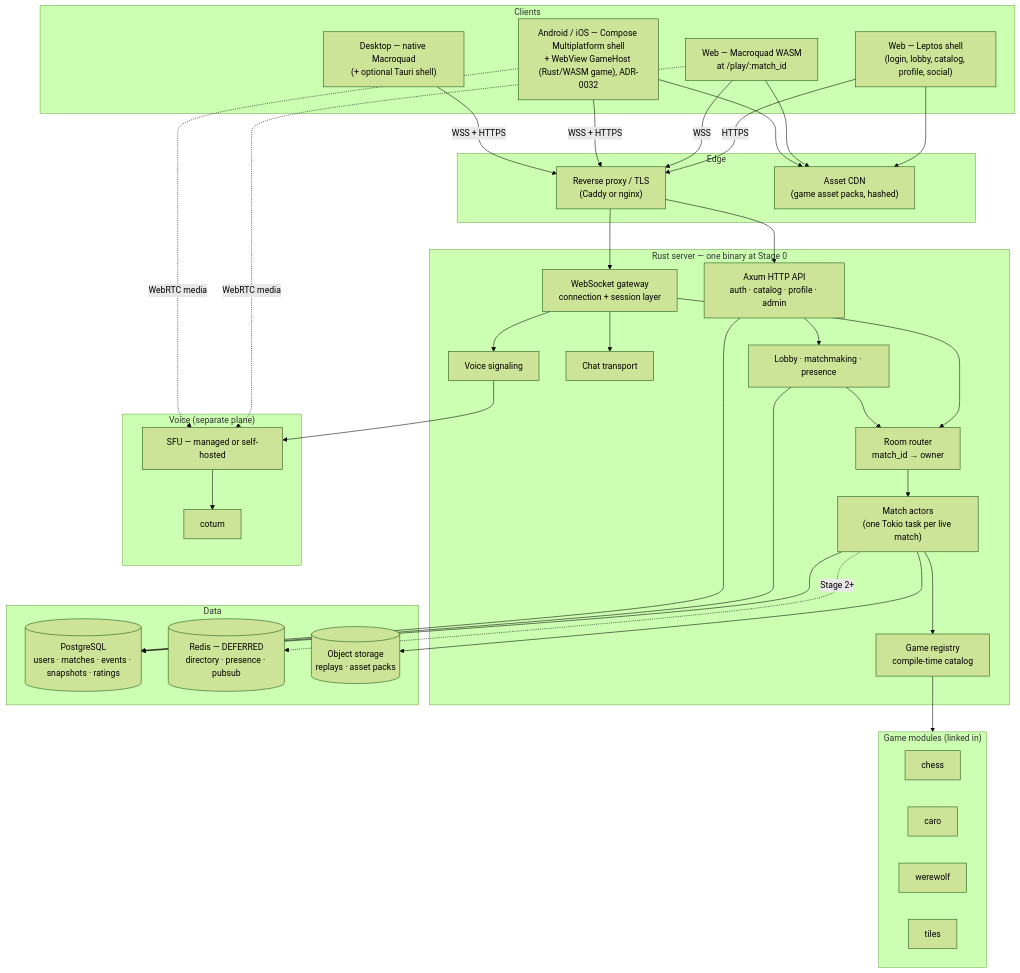
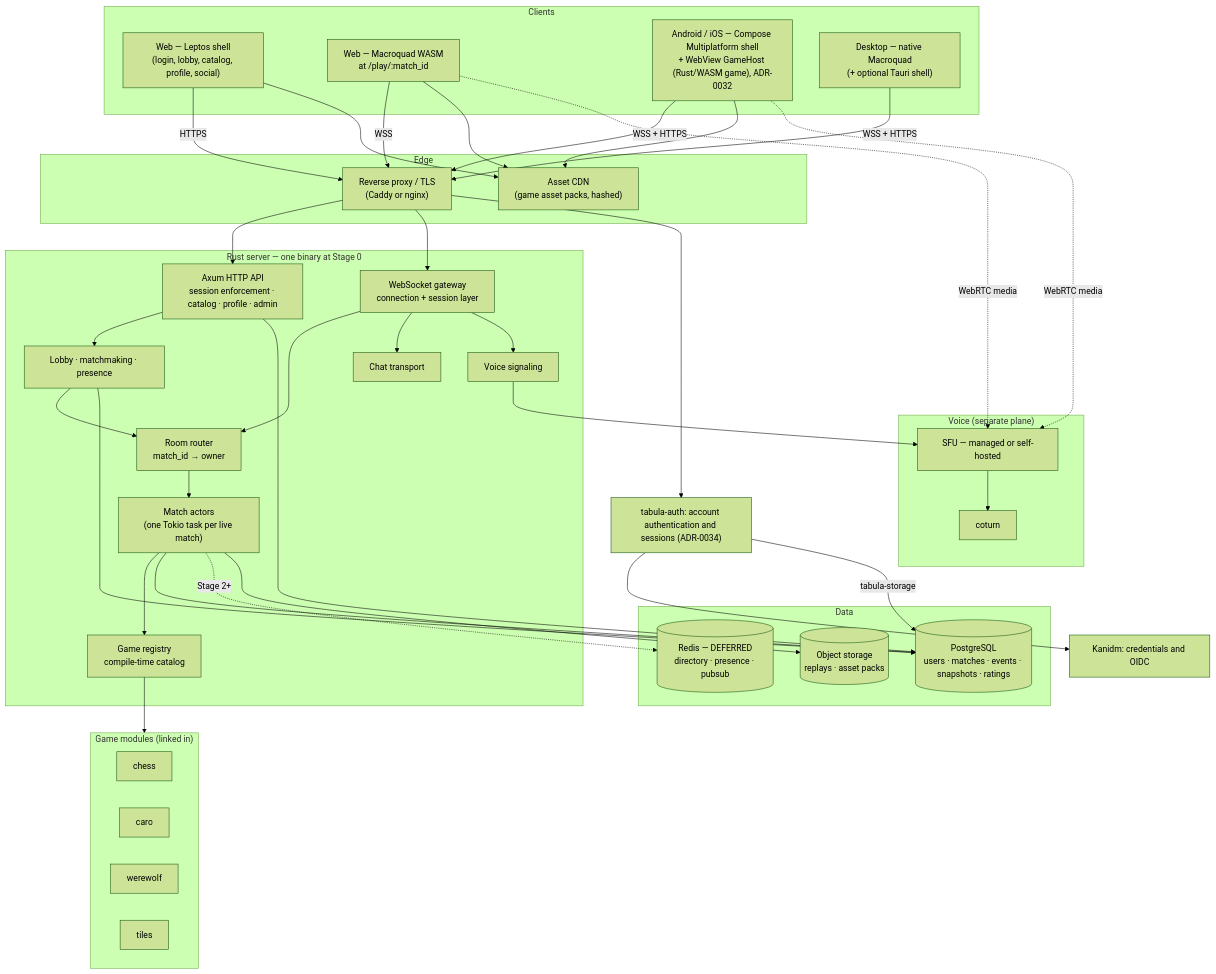
The fourth of 7 diagrams in docs/architecture/00-architecture-principles.md (loveoverflowcom/tabula), drawn with Mermaid (forest theme) before and after one commit. The commit also changed other lines of this file and 32 other files, not shown here.

First line of the commit message:
chore(server): scaffold Kanidm auth and gameplay service modules

````diff
--- a/docs/architecture/00-architecture-principles.md
+++ b/docs/architecture/00-architecture-principles.md
@@ -485,68 +489,73 @@
 ```mermaid
 flowchart TB
     subgraph CLIENTS["Clients"]
         WEB["Web — Leptos shell<br/>(login, lobby, catalog, profile, social)"]
         WGAME["Web — Macroquad WASM<br/>at /play/:match_id"]
         MOB["Android / iOS — Compose Multiplatform shell<br/>+ WebView GameHost (Rust/WASM game), ADR-0032"]
         DESK["Desktop — native Macroquad<br/>(+ optional Tauri shell)"]
     end
 
     subgraph EDGE["Edge"]
         LB["Reverse proxy / TLS<br/>(Caddy or nginx)"]
         CDN["Asset CDN<br/>(game asset packs, hashed)"]
     end
 
     subgraph SERVER["Rust server — one binary at Stage 0"]
-        HTTP["Axum HTTP API<br/>auth · catalog · profile · admin"]
+        HTTP["Axum HTTP API<br/>session enforcement · catalog · profile · admin"]
         WS["WebSocket gateway<br/>connection + session layer"]
         ROUTER["Room router<br/>match_id → owner"]
         MATCH["Match actors<br/>(one Tokio task per live match)"]
         REGISTRY["Game registry<br/>compile-time catalog"]
         LOBBY["Lobby · matchmaking · presence"]
         CHAT["Chat transport"]
         VOICESIG["Voice signaling"]
     end
 
     subgraph GAMES["Game modules (linked in)"]
         G1["chess"]
         G2["caro"]
         G3["werewolf"]
         G4["tiles"]
     end
 
     subgraph DATA["Data"]
         PG[("PostgreSQL<br/>users · matches · events · snapshots · ratings")]
         REDIS[("Redis — DEFERRED<br/>directory · presence · pubsub")]
         OBJ[("Object storage<br/>replays · asset packs")]
     end
 
     subgraph VOICE["Voice (separate plane)"]
         TURN["coturn"]
         SFU["SFU — managed or self-hosted"]
     end
 
+    AUTHAPI["tabula-auth: account authentication and sessions (ADR-0034)"]
+    KANIDM["Kanidm: credentials and OIDC"]
+
     WEB -->|HTTPS| LB
     WGAME -->|WSS| LB
     MOB -->|WSS + HTTPS| LB
     DESK -->|WSS + HTTPS| LB
     WEB --> CDN
     WGAME --> CDN
     MOB --> CDN
 
     LB --> HTTP
     LB --> WS
+    LB --> AUTHAPI --> KANIDM
+    AUTHAPI -->|tabula-storage| PG
     WS --> ROUTER --> MATCH
     MATCH --> REGISTRY --> GAMES
     HTTP --> LOBBY --> ROUTER
     WS --> CHAT
     WS --> VOICESIG
     MATCH --> PG
     LOBBY --> PG
     HTTP --> PG
     MATCH -.->|Stage 2+| REDIS
     MATCH --> OBJ
     VOICESIG --> SFU
     WGAME -.->|WebRTC media| SFU
     MOB -.->|WebRTC media| SFU
     SFU --> TURN
 ```
````
